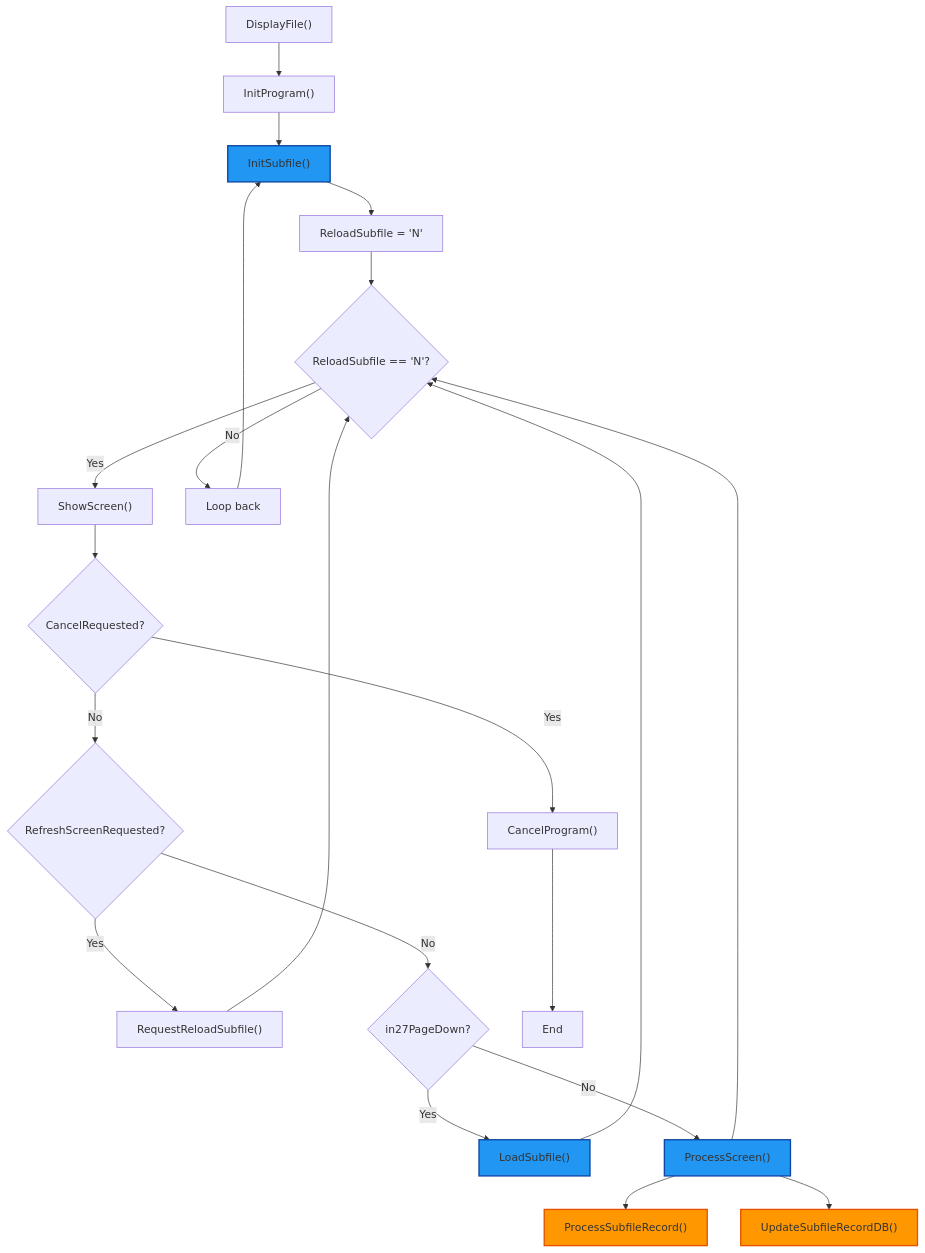
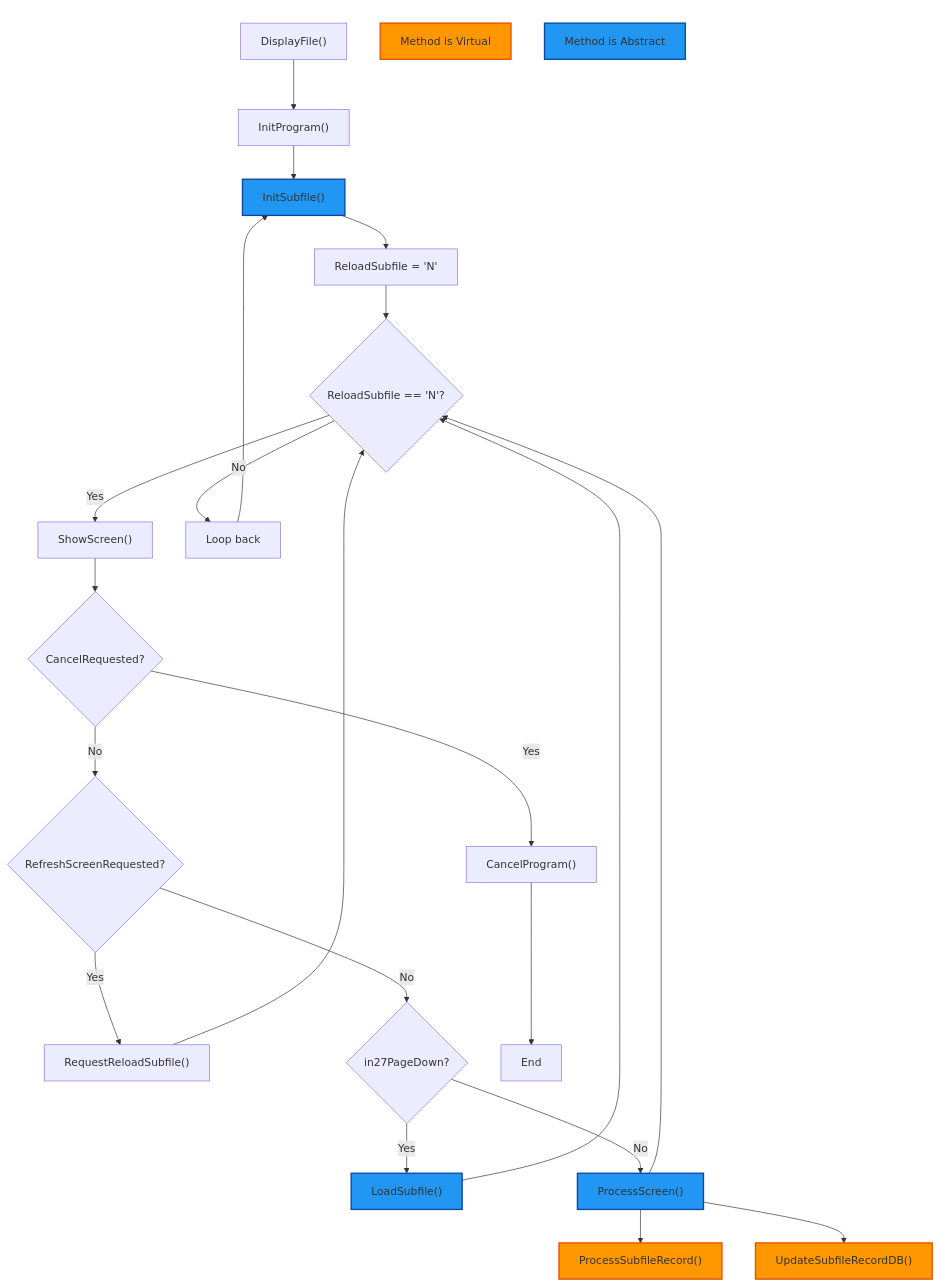
One commit to asnaqsys/asnaqsys.github.io changed the first of 2 diagrams in manuals/escape/fx/display-file-function.md. Above: the diagram before and after it, drawn with Mermaid. The commit also changed other lines of this file and 15 other files, not shown here.

Commit message:
Provide a description of flowchart colors.

```diff
--- a/manuals/escape/fx/display-file-function.md
+++ b/manuals/escape/fx/display-file-function.md
@@ -39,30 +39,41 @@
 <pre class="mermaid">
 
 flowchart TD
     A["DisplayFile()"] --> B["InitProgram()"]
     B --> C["InitSubfile()"]
     C --> D["ReloadSubfile = 'N'"]
     D --> E{"ReloadSubfile == 'N'?"}
     E -->|Yes| F["ShowScreen()"]
     F --> G{"CancelRequested?"}
     G -->|Yes| H["CancelProgram()"]
     G -->|No| I{"RefreshScreenRequested?"}
     I -->|Yes| J["RequestReloadSubfile()"]
     I -->|No| K{"in27PageDown?"}
     K -->|Yes| L["LoadSubfile()"]
     K -->|No| M["ProcessScreen()"]
     M --> PR["ProcessSubfileRecord()"]
     M --> UR["UpdateSubfileRecordDB()"]
     H --> N["End"]
     J --> E
     L --> E
     M --> E
     E -->|No| O["Loop back"]
     O --> C
 
+   subgraph subA [" "]
+      A
+      VirtualTag["Method is Virtual"]
+      AbstractTag["Method is Abstract"]
+      class VirtualTag virtual;
+      class AbstractTag abstract;
+   end
+
    classDef virtual fill:#ff9800,stroke:#e65100,stroke-width:2px;
    classDef abstract fill:#2196f3,stroke:#0d47a1,stroke-width:2px;
+   classDef colorKey fill:transparent,stroke-width:0;
+   class subA colorKey
+
    class C,L,M abstract;
    class PR,UR virtual;
 
 </pre>
```
